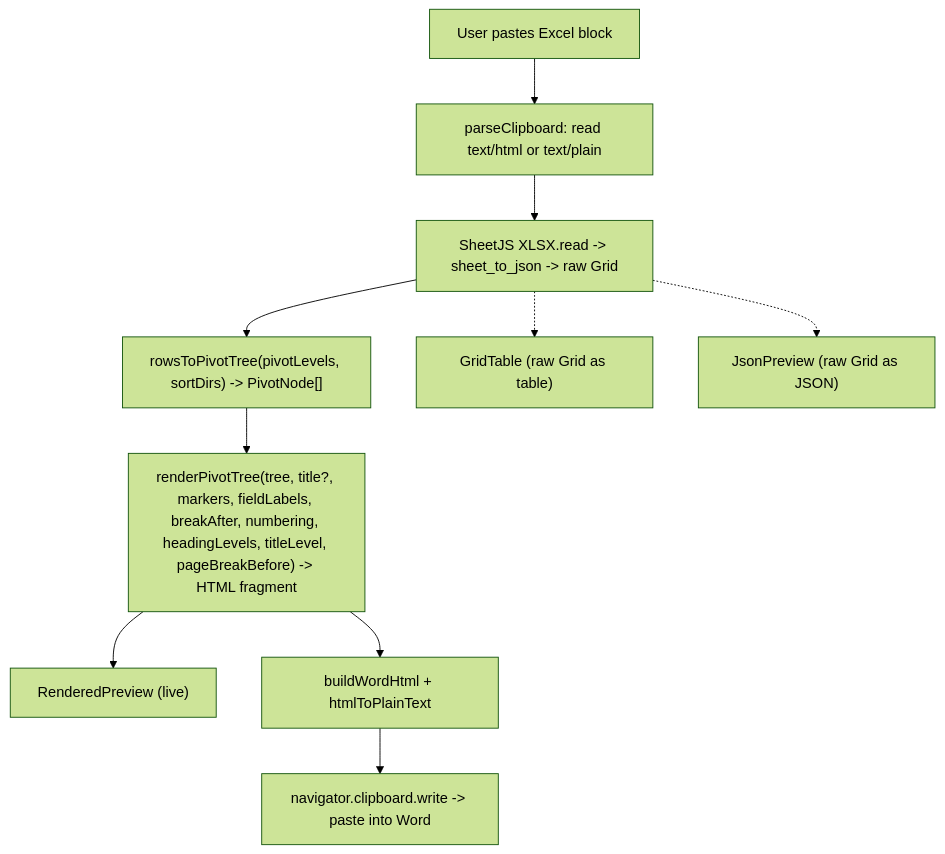
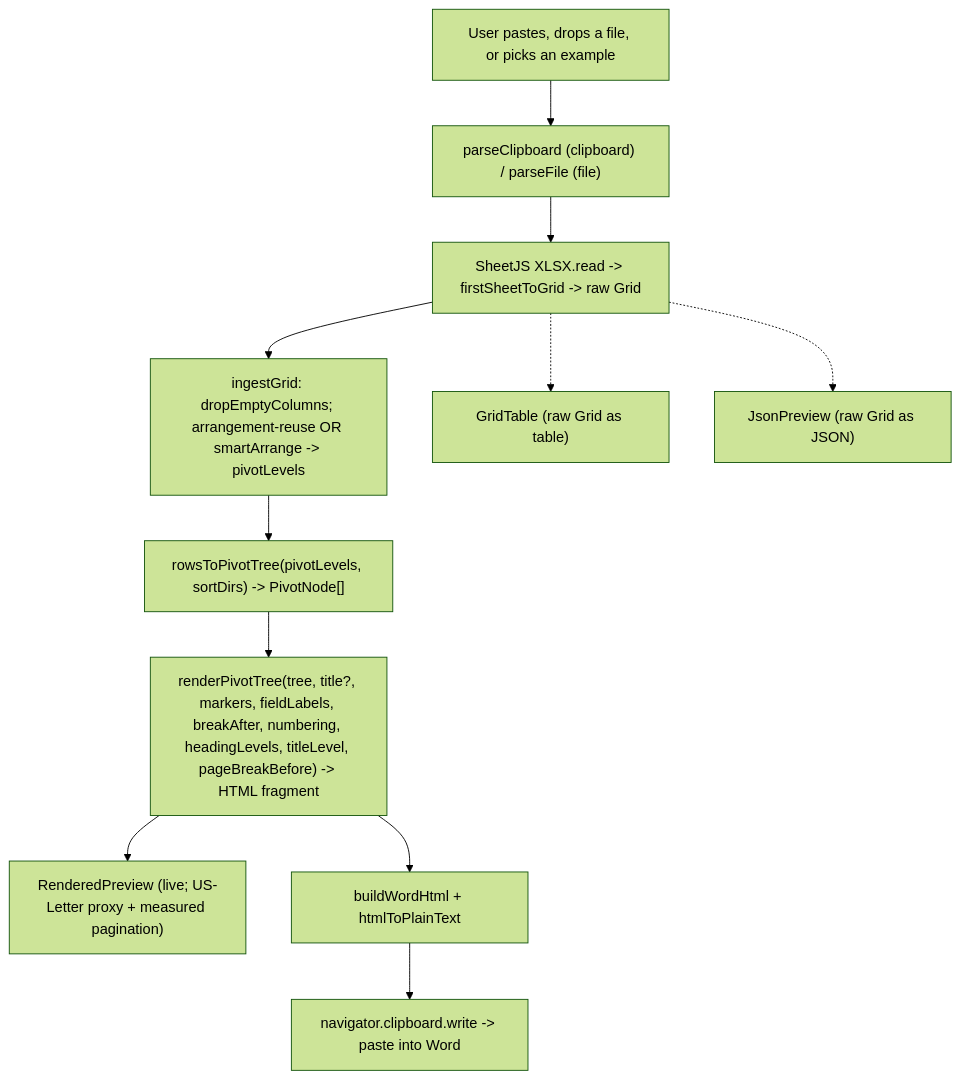
One commit to henryqpham/PivotParagraph changed the diagram in docs/ARCHITECTURE.md. Above: the diagram before and after it, drawn with Mermaid (forest theme). The commit also changed other lines of this file and 16 other files, not shown here.

First line of the commit message:
Add-table modal, Command Palette, Smart Arrange

````diff
--- a/docs/ARCHITECTURE.md
+++ b/docs/ARCHITECTURE.md
@@ -71,17 +78,18 @@
 ```mermaid
 flowchart TD
-    A["User pastes Excel block"]
-    B["parseClipboard: read text/html or text/plain"]
-    C["SheetJS XLSX.read -> sheet_to_json -> raw Grid"]
+    A["User pastes, drops a file, or picks an example"]
+    B["parseClipboard (clipboard) / parseFile (file)"]
+    C["SheetJS XLSX.read -> firstSheetToGrid -> raw Grid"]
+    SA["ingestGrid: dropEmptyColumns; arrangement-reuse OR smartArrange -> pivotLevels"]
     PV["rowsToPivotTree(pivotLevels, sortDirs) -> PivotNode[]"]
     RP["renderPivotTree(tree, title?, markers, fieldLabels, breakAfter, numbering, headingLevels, titleLevel, pageBreakBefore) -> HTML fragment"]
-    P["RenderedPreview (live)"]
+    P["RenderedPreview (live; US-Letter proxy + measured pagination)"]
     GT["GridTable (raw Grid as table)"]
     J["JsonPreview (raw Grid as JSON)"]
     W["buildWordHtml + htmlToPlainText"]
     X["navigator.clipboard.write -> paste into Word"]
-    A --> B --> C --> PV --> RP --> P
+    A --> B --> C --> SA --> PV --> RP --> P
     C -.-> GT
     C -.-> J
     RP --> W --> X
 ```
````
